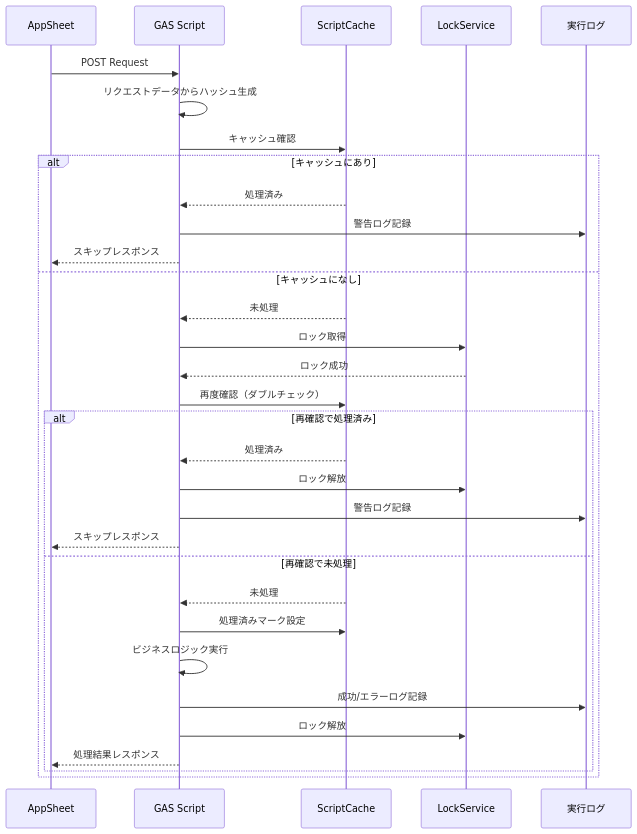
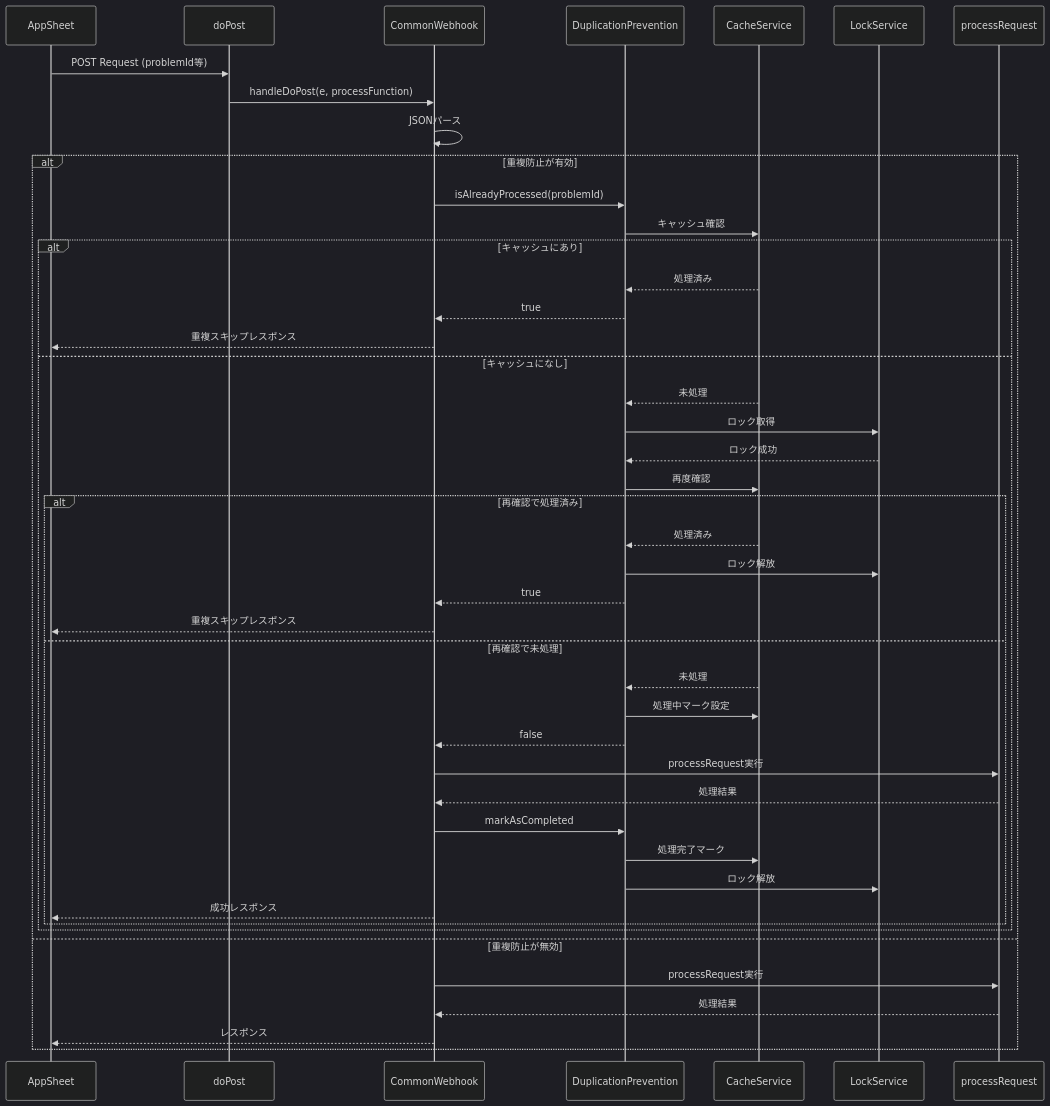
Before and after one commit to tasai-lab/appsheet-gas-automation: the fourth of 10 diagrams in gas_projects/projects/nursing/Appsheet_訪問看護_計画書問題点_評価/FLOW.md, drawn with Mermaid. The commit also changed other lines of this file and 50 other files, not shown here.

````diff
--- a/gas_projects/projects/nursing/Appsheet_訪問看護_計画書問題点_評価/FLOW.md
+++ b/gas_projects/projects/nursing/Appsheet_訪問看護_計画書問題点_評価/FLOW.md
@@ -31,37 +115,52 @@
 ```mermaid
+%%{init: {'theme':'dark'}}%%
 sequenceDiagram
     participant AS as AppSheet
-    participant GAS as GAS Script
-    participant Cache as ScriptCache
+    participant GAS as doPost
+    participant Common as CommonWebhook
+    participant Dup as DuplicationPrevention
+    participant Cache as CacheService
     participant Lock as LockService
-    participant Log as 実行ログ
-    
-    AS->>GAS: POST Request
-    GAS->>GAS: リクエストデータからハッシュ生成
-    GAS->>Cache: キャッシュ確認
-    
-    alt キャッシュにあり
-        Cache-->>GAS: 処理済み
-        GAS->>Log: 警告ログ記録
-        GAS-->>AS: スキップレスポンス
-    else キャッシュになし
-        Cache-->>GAS: 未処理
-        GAS->>Lock: ロック取得
-        Lock-->>GAS: ロック成功
-        GAS->>Cache: 再度確認（ダブルチェック）
-        
-        alt 再確認で処理済み
-            Cache-->>GAS: 処理済み
-            GAS->>Lock: ロック解放
-            GAS->>Log: 警告ログ記録
-            GAS-->>AS: スキップレスポンス
-        else 再確認で未処理
-            Cache-->>GAS: 未処理
-            GAS->>Cache: 処理済みマーク設定
-            GAS->>GAS: ビジネスロジック実行
-            GAS->>Log: 成功/エラーログ記録
-            GAS->>Lock: ロック解放
-            GAS-->>AS: 処理結果レスポンス
+    participant Proc as processRequest
+
+    AS->>GAS: POST Request (problemId等)
+    GAS->>Common: handleDoPost(e, processFunction)
+    Common->>Common: JSONパース
+
+    alt 重複防止が有効
+        Common->>Dup: isAlreadyProcessed(problemId)
+        Dup->>Cache: キャッシュ確認
+
+        alt キャッシュにあり
+            Cache-->>Dup: 処理済み
+            Dup-->>Common: true
+            Common-->>AS: 重複スキップレスポンス
+        else キャッシュになし
+            Cache-->>Dup: 未処理
+            Dup->>Lock: ロック取得
+            Lock-->>Dup: ロック成功
+            Dup->>Cache: 再度確認
+
+            alt 再確認で処理済み
+                Cache-->>Dup: 処理済み
+                Dup->>Lock: ロック解放
+                Dup-->>Common: true
+                Common-->>AS: 重複スキップレスポンス
+            else 再確認で未処理
+                Cache-->>Dup: 未処理
+                Dup->>Cache: 処理中マーク設定
+                Dup-->>Common: false
+                Common->>Proc: processRequest実行
+                Proc-->>Common: 処理結果
+                Common->>Dup: markAsCompleted
+                Dup->>Cache: 処理完了マーク
+                Dup->>Lock: ロック解放
+                Common-->>AS: 成功レスポンス
+            end
         end
+    else 重複防止が無効
+        Common->>Proc: processRequest実行
+        Proc-->>Common: 処理結果
+        Common-->>AS: レスポンス
     end
 ```
````
